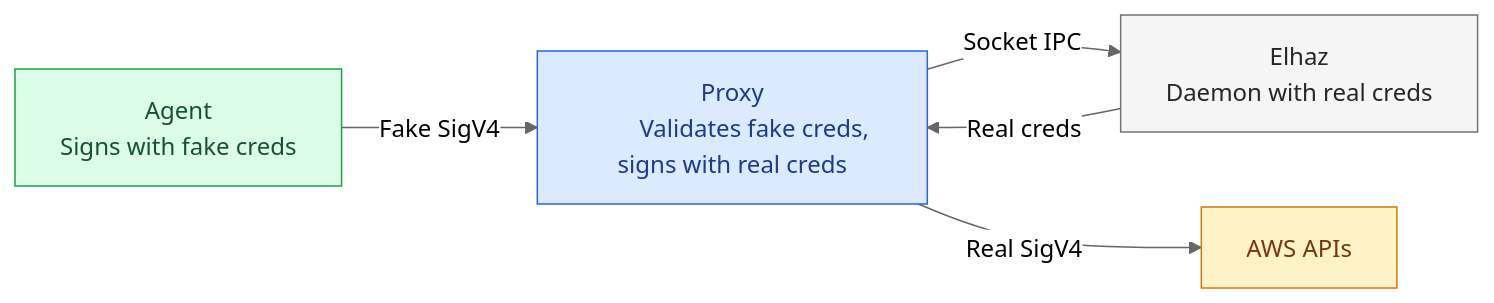
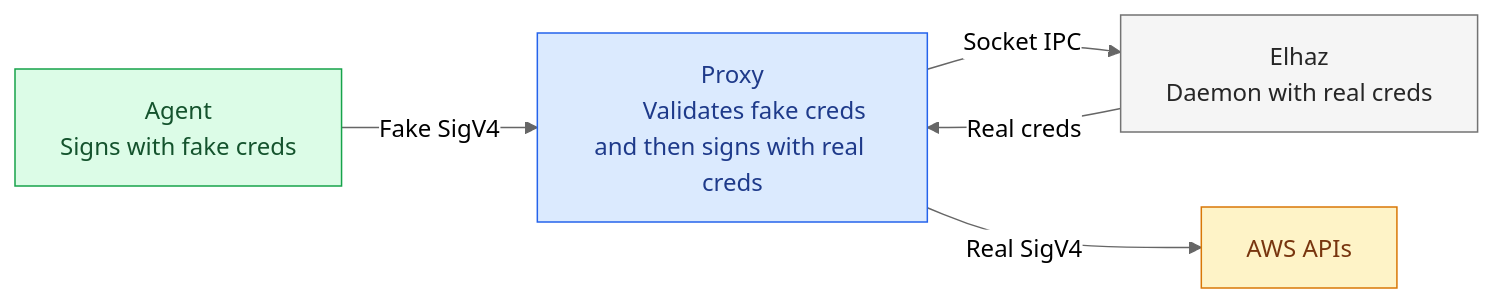
Before and after one commit to engseclabs/aws-sigv4-resigning-proxy: the first of 2 diagrams in README.md, drawn with Mermaid (neutral theme). The commit also changed other lines of this file, not shown here.

Commit message:
Better diagrams

````diff
--- a/README.md
+++ b/README.md
@@ -13,26 +12,26 @@
 ```mermaid
 graph LR
     
     agent["Agent
         Signs with fake creds"]
     proxy["Proxy
-        Validates fake creds, signs with real creds"]
+        Validates fake creds and then signs with real creds"]
     elhaz["Elhaz
         Daemon with real creds"]
     aws["AWS APIs"]
 
     agent -- "Fake SigV4" --> proxy
     proxy -- "Socket IPC" --> elhaz
     elhaz -- "Real creds" --> proxy
     proxy -- "Real SigV4" --> aws
 
     classDef agentStyle fill:#dcfce7,stroke:#16a34a,color:#14532d
     classDef proxyStyle fill:#dbeafe,stroke:#2563eb,color:#1e3a8a
     classDef elhazStyle fill:#f5f5f5,stroke:#737373,color:#262626
     classDef awsStyle fill:#fef3c7,stroke:#d97706,color:#78350f
 
     class agent agentStyle
     class proxy proxyStyle
     class elhaz elhazStyle
     class aws awsStyle
 ```
````
